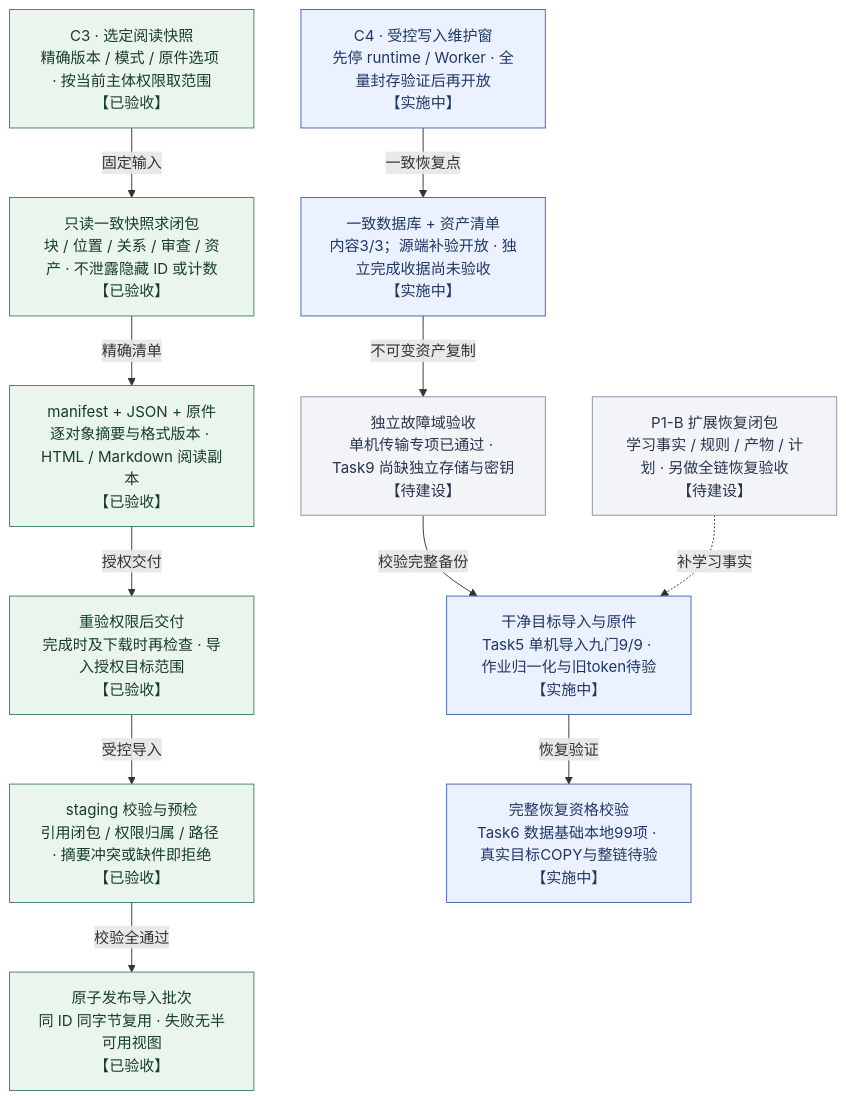
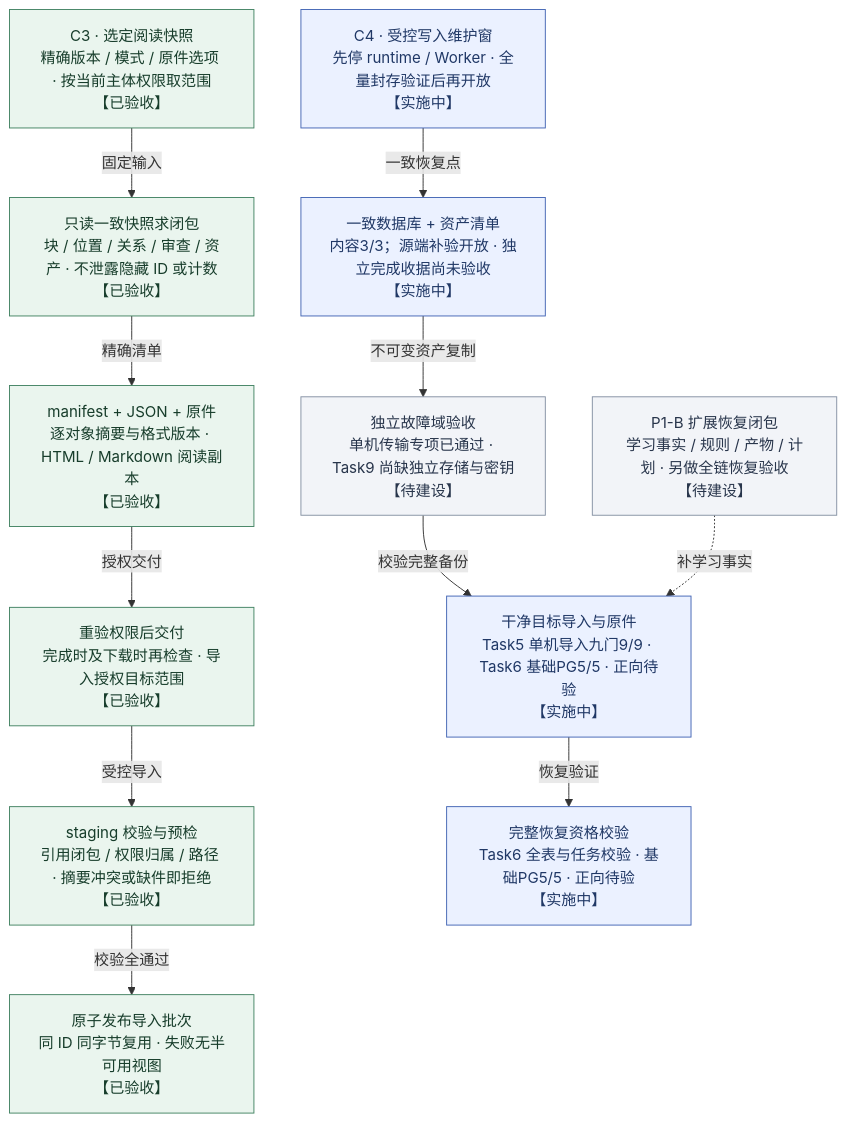
One commit to MansurnamedZhang/learning-system-p0c4 changed the diagram in docs/diagrams/knowweave-portability.mmd. Above: the diagram before and after it, drawn with Mermaid. The commit also changed 5 other files, not shown here.

Commit message:
docs: align current Task6 roadmap cards and recovery diagrams

```diff
--- a/docs/diagrams/knowweave-portability.mmd
+++ b/docs/diagrams/knowweave-portability.mmd
@@ -1,30 +1,30 @@
 flowchart TB
     view["C3 · 选定阅读快照<br/>精确版本 / 模式 / 原件选项 · 按当前主体权限取范围<br/>【已验收】"]
     closure["只读一致快照求闭包<br/>块 / 位置 / 关系 / 审查 / 资产 · 不泄露隐藏 ID 或计数<br/>【已验收】"]
     bundle["manifest + JSON + 原件<br/>逐对象摘要与格式版本 · HTML / Markdown 阅读副本<br/>【已验收】"]
     visible["原子发布导入批次<br/>同 ID 同字节复用 · 失败无半可用视图<br/>【已验收】"]
     preflight["staging 校验与预检<br/>引用闭包 / 权限归属 / 路径 · 摘要冲突或缺件即拒绝<br/>【已验收】"]
     delivery["重验权限后交付<br/>完成时及下载时再检查 · 导入授权目标范围<br/>【已验收】"]
     pause["C4 · 受控写入维护窗<br/>先停 runtime / Worker · 全量封存验证后再开放<br/>【实施中】"]
     backup["一致数据库 + 资产清单<br/>内容3/3；源端补验开放 · 独立完成收据尚未验收<br/>【实施中】"]
     copy["独立故障域验收<br/>单机传输专项已通过 · Task9 尚缺独立存储与密钥<br/>【待建设】"]
-    check["完整恢复资格校验<br/>Task6 数据基础本地99项 · 真实目标COPY与整链待验<br/>【实施中】"]
-    restore["干净目标导入与原件<br/>Task5 单机导入九门9/9 · 作业归一化与旧token待验<br/>【实施中】"]
+    check["完整恢复资格校验<br/>Task6 全表与任务校验 · 基础PG5/5 · 正向待验<br/>【实施中】"]
+    restore["干净目标导入与原件<br/>Task5 单机导入九门9/9 · Task6 基础PG5/5 · 正向待验<br/>【实施中】"]
     future["P1-B 扩展恢复闭包<br/>学习事实 / 规则 / 产物 / 计划 · 另做全链恢复验收<br/>【待建设】"]
     view -- "固定输入" --> closure
     closure -- "精确清单" --> bundle
     bundle -- "授权交付" --> delivery
     delivery -- "受控导入" --> preflight
     preflight -- "校验全通过" --> visible
     pause -- "一致恢复点" --> backup
     backup -- "不可变资产复制" --> copy
     copy -- "校验完整备份" --> restore
     restore -- "恢复验证" --> check
     future -. "补学习事实" .-> restore
     class view,closure,bundle,visible,preflight,delivery done
     class pause,backup,check,restore next
     class copy,future planned
     classDef done fill:#eaf5ee,stroke:#438363,color:#173d2b
     classDef next fill:#ebf1ff,stroke:#4365b4,color:#203866
     classDef planned fill:#f2f4f8,stroke:#8591a3,color:#28354b
     classDef optional fill:#f3ecfb,stroke:#9271b0,color:#4a3362
```
